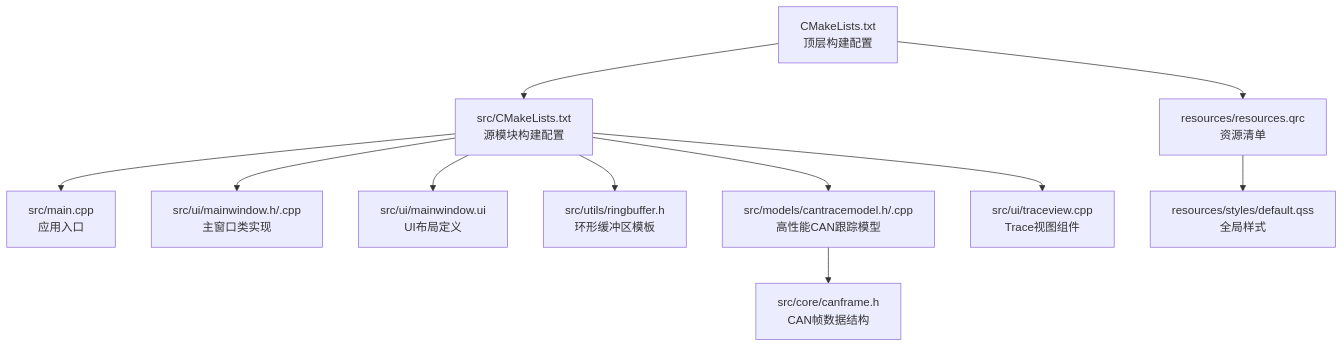
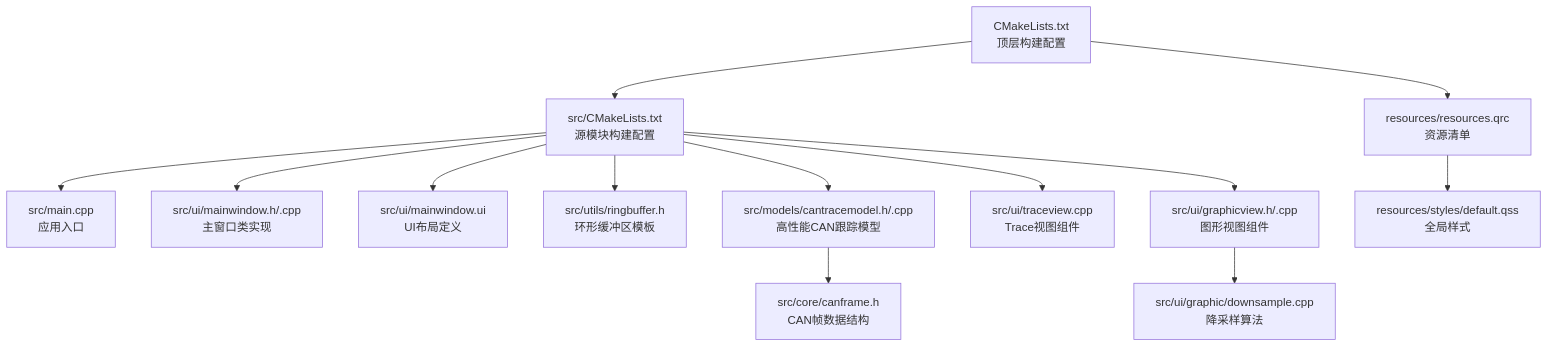
The first of 12 diagrams in .qoder/repowiki/zh/content/开发指南/性能优化.md (jakecai1225-design/OpenBus), drawn with Mermaid before and after one commit. The commit also changed other lines of this file and 20 other files, not shown here.

````diff
--- a/.qoder/repowiki/zh/content/开发指南/性能优化.md
+++ b/.qoder/repowiki/zh/content/开发指南/性能优化.md
@@ -58,13 +61,15 @@
 ```mermaid
 graph TB
 A["CMakeLists.txt<br/>顶层构建配置"] --> B["src/CMakeLists.txt<br/>源模块构建配置"]
 B --> C["src/main.cpp<br/>应用入口"]
 B --> D["src/ui/mainwindow.h/.cpp<br/>主窗口类实现"]
 B --> E["src/ui/mainwindow.ui<br/>UI布局定义"]
 A --> F["resources/resources.qrc<br/>资源清单"]
 F --> G["resources/styles/default.qss<br/>全局样式"]
 B --> H["src/utils/ringbuffer.h<br/>环形缓冲区模板"]
 B --> I["src/models/cantracemodel.h/.cpp<br/>高性能CAN跟踪模型"]
 I --> J["src/core/canframe.h<br/>CAN帧数据结构"]
 B --> K["src/ui/traceview.cpp<br/>Trace视图组件"]
+B --> L["src/ui/graphicview.h/.cpp<br/>图形视图组件"]
+L --> M["src/ui/graphic/downsample.cpp<br/>降采样算法"]
 ```
````
